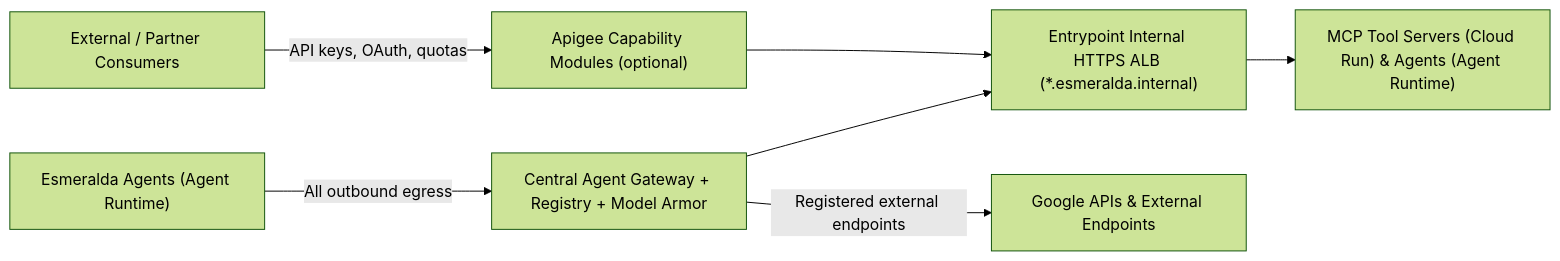
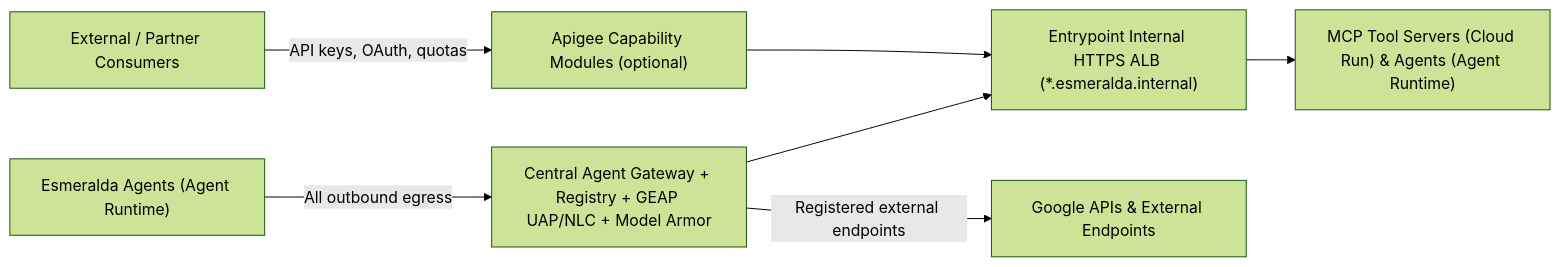
Before and after one commit to google/esmeralda: the first of 3 diagrams in docs/src/3-agentops-and-lifecycle/04-capability-based-governance.md, drawn with Mermaid (forest theme). The commit also changed other lines of this file and 19 other files, not shown here.

````diff
--- a/docs/src/3-agentops-and-lifecycle/04-capability-based-governance.md
+++ b/docs/src/3-agentops-and-lifecycle/04-capability-based-governance.md
@@ -11,9 +39,9 @@
 ```mermaid
 flowchart LR
     P["External / Partner Consumers"] -->|"API keys, OAuth, quotas"| AX["Apigee Capability Modules (optional)"]
     AX --> EP["Entrypoint Internal HTTPS ALB (*.esmeralda.internal)"]
     EP --> W["MCP Tool Servers (Cloud Run) & Agents (Agent Runtime)"]
-    O["Esmeralda Agents (Agent Runtime)"] -->|"All outbound egress"| AGW["Central Agent Gateway + Registry + Model Armor"]
+    O["Esmeralda Agents (Agent Runtime)"] -->|"All outbound egress"| AGW["Central Agent Gateway + Registry + GEAP UAP/NLC + Model Armor"]
     AGW --> EP
     AGW -->|"Registered external endpoints"| EXT["Google APIs & External Endpoints"]
 ```
````
